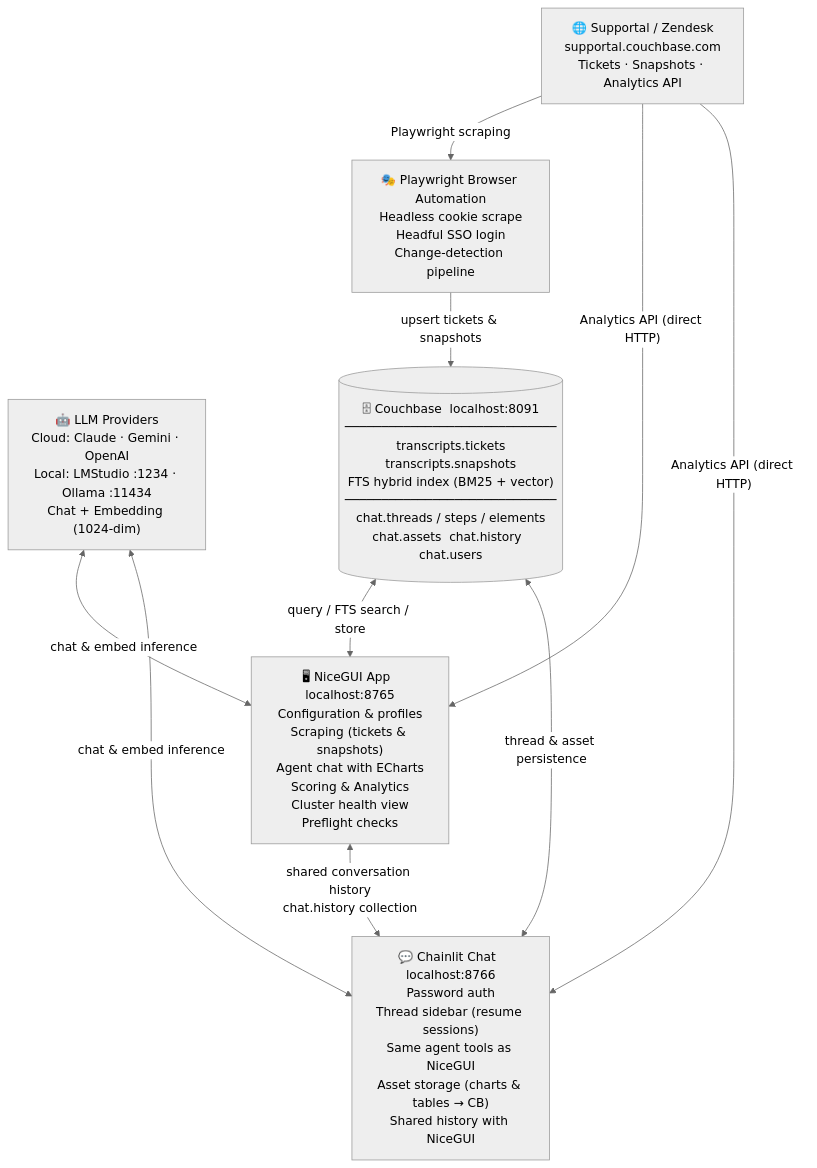
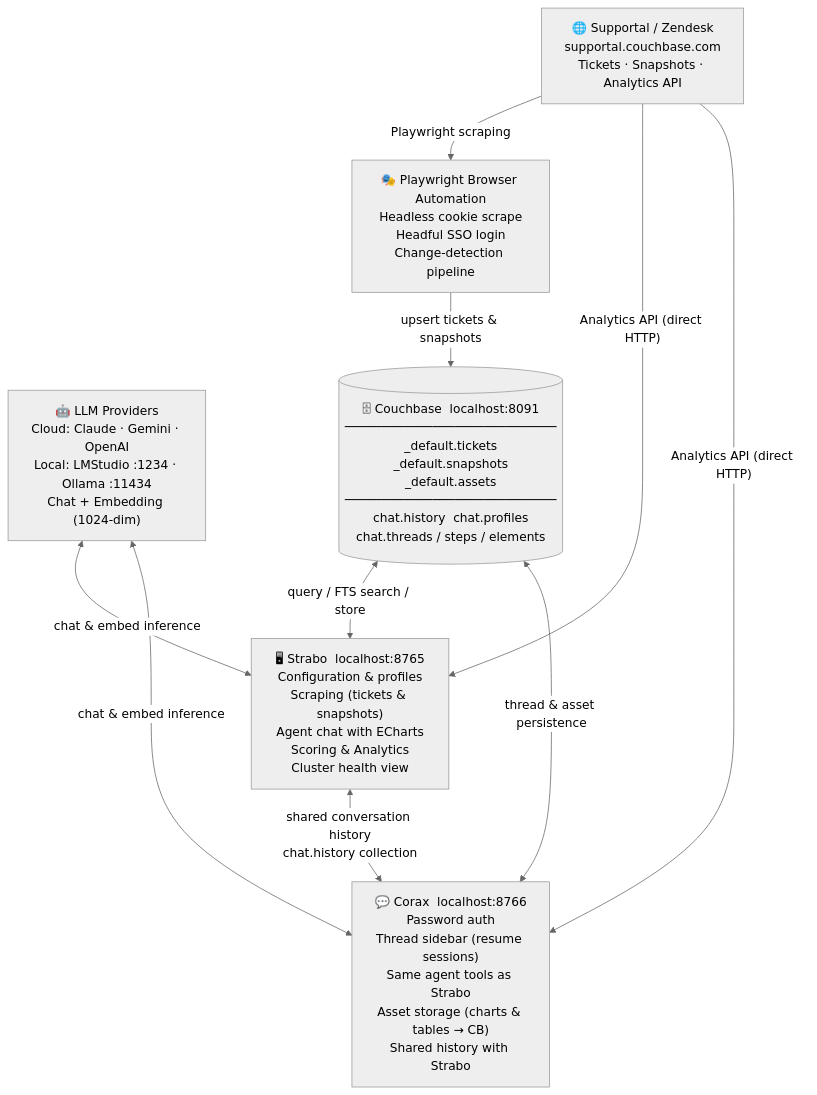
Before and after one commit to couchbaselabs/Cursus_Agent_Public: the diagram in README.md, drawn with Mermaid (neutral theme). The commit also changed other lines of this file, not shown here.

First line of the commit message:
docs: rewrite README — Docker quick start, Strabo/Corax/Cursus names

````diff
--- a/README.md
+++ b/README.md
@@ -12,24 +12,24 @@
 ```mermaid
 flowchart TD
     EXT["🌐 Supportal / Zendesk\nsupportal.couchbase.com\nTickets · Snapshots · Analytics API"]
 
     PW["🎭 Playwright Browser Automation\nHeadless cookie scrape\nHeadful SSO login\nChange-detection pipeline"]
 
     LLM["🤖 LLM Providers\nCloud: Claude · Gemini · OpenAI\nLocal: LMStudio :1234 · Ollama :11434\nChat + Embedding (1024-dim)"]
 
-    CB[("🗄 Couchbase  localhost:8091\n─────────────────────────────\ntranscripts.tickets\ntranscripts.snapshots\nFTS hybrid index (BM25 + vector)\n─────────────────────────────\nchat.threads / steps / elements\nchat.assets  chat.history  chat.users")]
+    CB[("🗄 Couchbase  localhost:8091\n─────────────────────────────\n_default.tickets\n_default.snapshots\n_default.assets\n─────────────────────────────\nchat.history  chat.profiles\nchat.threads / steps / elements")]
 
-    NG["🖥 NiceGUI App  localhost:8765\nConfiguration & profiles\nScraping (tickets & snapshots)\nAgent chat with ECharts\nScoring & Analytics\nCluster health view\nPreflight checks"]
+    ST["🖥 Strabo  localhost:8765\nConfiguration & profiles\nScraping (tickets & snapshots)\nAgent chat with ECharts\nScoring & Analytics\nCluster health view"]
 
-    CL["💬 Chainlit Chat  localhost:8766\nPassword auth\nThread sidebar (resume sessions)\nSame agent tools as NiceGUI\nAsset storage (charts & tables → CB)\nShared history with NiceGUI"]
+    CX["💬 Corax  localhost:8766\nPassword auth\nThread sidebar (resume sessions)\nSame agent tools as Strabo\nAsset storage (charts & tables → CB)\nShared history with Strabo"]
 
     EXT -->|"Playwright scraping"| PW
-    EXT -->|"Analytics API (direct HTTP)"| NG
-    EXT -->|"Analytics API (direct HTTP)"| CL
+    EXT -->|"Analytics API (direct HTTP)"| ST
+    EXT -->|"Analytics API (direct HTTP)"| CX
     PW -->|"upsert tickets & snapshots"| CB
-    LLM <-->|"chat & embed inference"| NG
-    LLM <-->|"chat & embed inference"| CL
-    CB <-->|"query / FTS search / store"| NG
-    CB <-->|"thread & asset persistence"| CL
-    NG <-->|"shared conversation history\nchat.history collection"| CL
+    LLM <-->|"chat & embed inference"| ST
+    LLM <-->|"chat & embed inference"| CX
+    CB <-->|"query / FTS search / store"| ST
+    CB <-->|"thread & asset persistence"| CX
+    ST <-->|"shared conversation history\nchat.history collection"| CX
 ```
````
